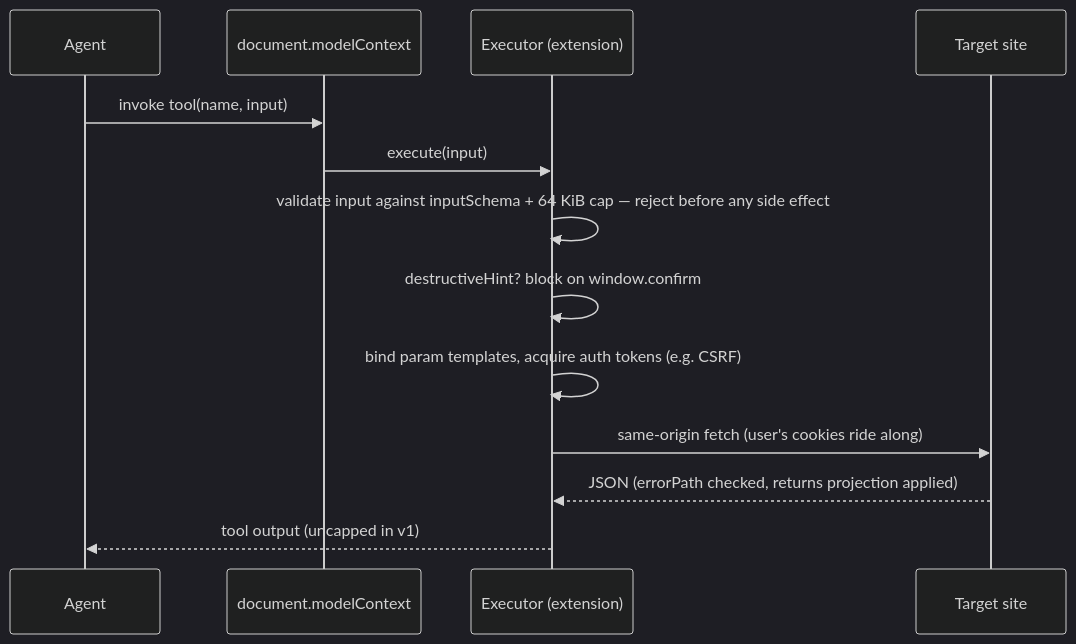
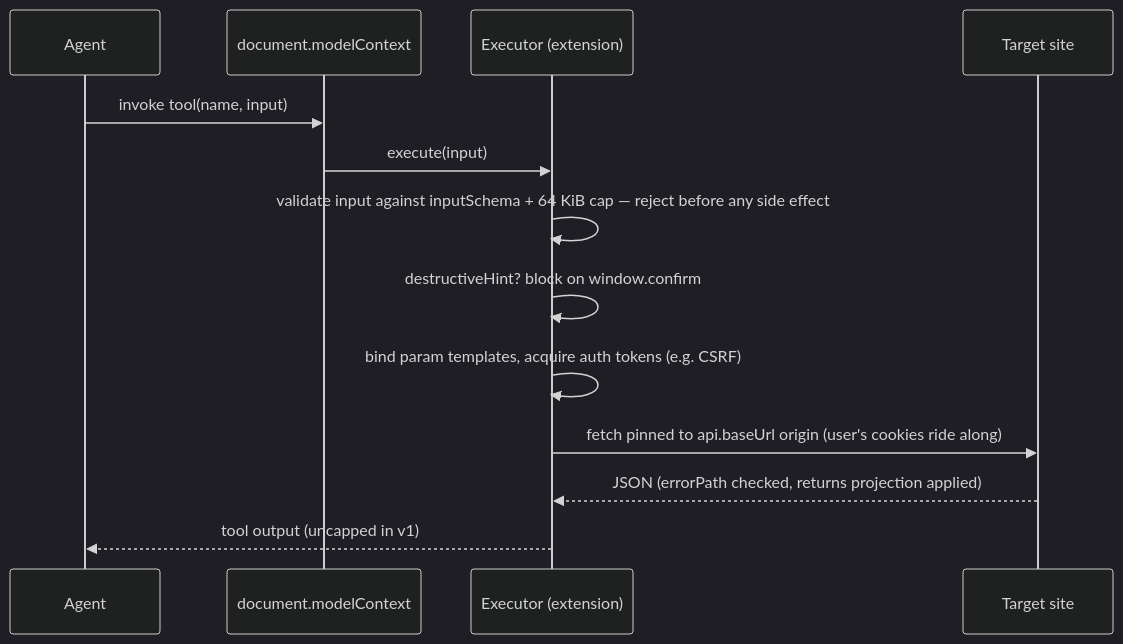
One commit to robertn702/webmcp-today changed the fourth of 5 diagrams in ARCHITECTURE.md. Above: the diagram before and after it, drawn with Mermaid (dark theme). The commit also changed other lines of this file and 15 other files, not shown here.

Commit message:
docs: align schema hardening guidance

````diff
--- a/ARCHITECTURE.md
+++ b/ARCHITECTURE.md
@@ -156,16 +156,16 @@
 ```mermaid
 sequenceDiagram
     participant A as Agent
     participant MC as document.modelContext
     participant EX as Executor (extension)
     participant S as Target site
 
     A->>MC: invoke tool(name, input)
     MC->>EX: execute(input)
     EX->>EX: validate input against inputSchema + 64 KiB cap — reject before any side effect
     EX->>EX: destructiveHint? block on window.confirm
     EX->>EX: bind param templates, acquire auth tokens (e.g. CSRF)
-    EX->>S: same-origin fetch (user's cookies ride along)
+    EX->>S: fetch pinned to api.baseUrl origin (user's cookies ride along)
     S-->>EX: JSON (errorPath checked, returns projection applied)
     EX-->>A: tool output (uncapped in v1)
 ```
````
